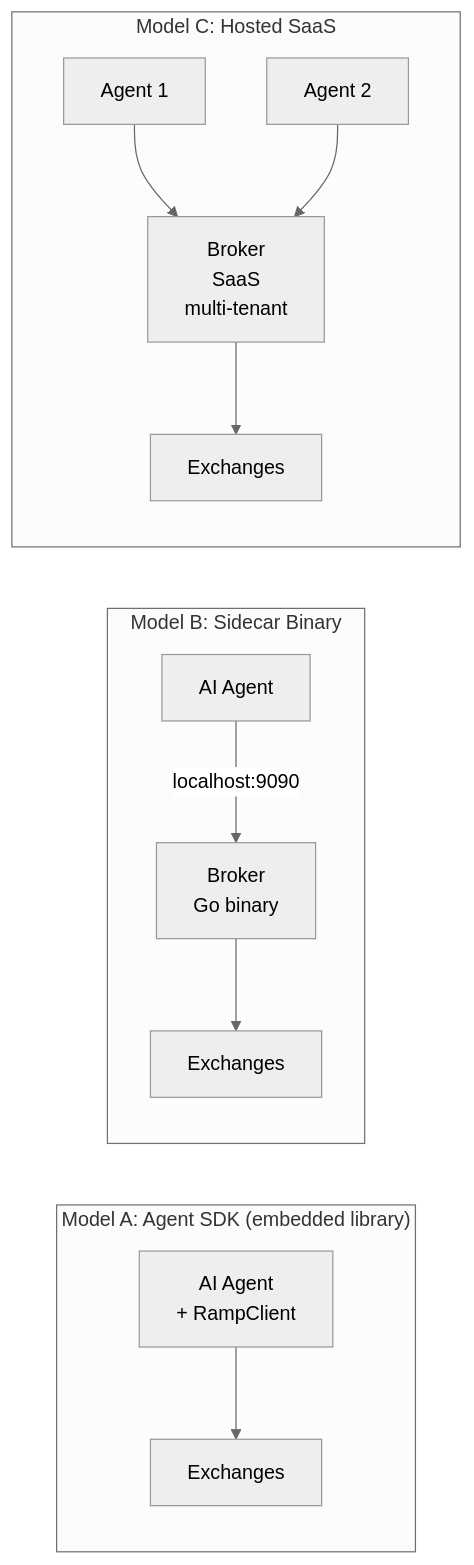
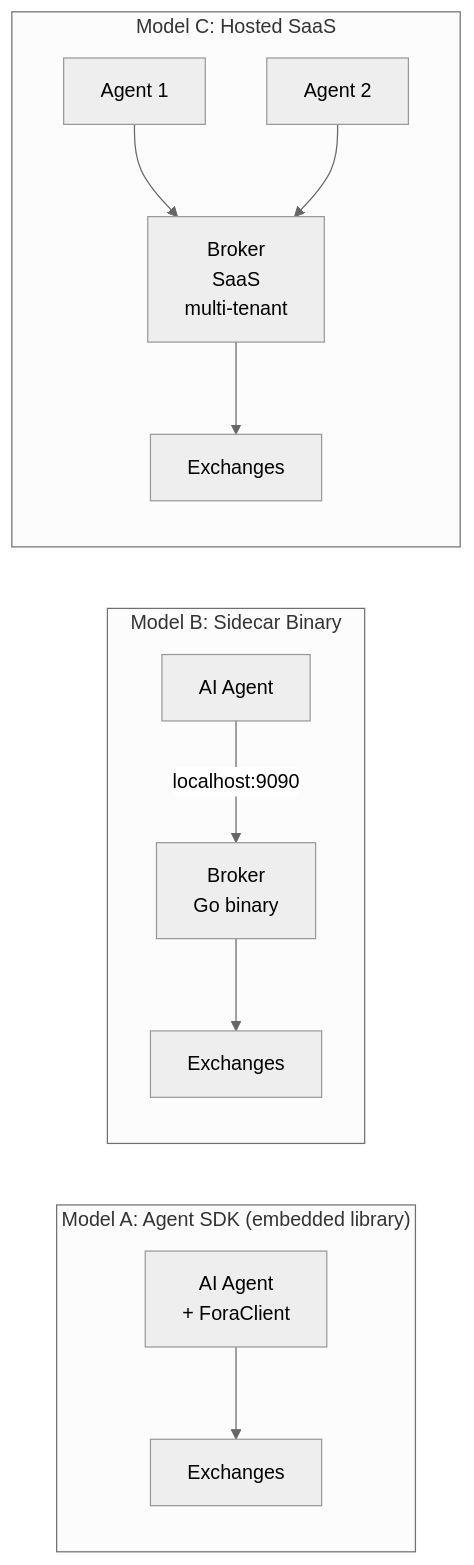
One commit to FORA-Protocol/protocol changed the first of 4 diagrams in website/src/content/docs/components/broker/deployment.mdx. Above: the diagram before and after it, drawn with Mermaid (neutral theme). The commit also changed other lines of this file and 529 other files, not shown here.

First line of the commit message:
Rename the protocol from RAMP to FORA

````diff
--- a/website/src/content/docs/components/broker/deployment.mdx
+++ b/website/src/content/docs/components/broker/deployment.mdx
@@ -14,17 +14,17 @@
 ```mermaid
 graph LR
     subgraph "Model A: Agent SDK (embedded library)"
-        AgentSDK[AI Agent<br/>+ RampClient] --> MPAS[Exchanges]
+        AgentSDK[AI Agent<br/>+ ForaClient] --> MPAS[Exchanges]
     end
 
     subgraph "Model B: Sidecar Binary"
         AgentA[AI Agent] -->|localhost:9090| SidecarA[Broker<br/>Go binary]
         SidecarA --> MPA[Exchanges]
     end
 
     subgraph "Model C: Hosted SaaS"
         AgentC1[Agent 1] --> Hosted[Broker<br/>SaaS<br/>multi-tenant]
         AgentC2[Agent 2] --> Hosted
         Hosted --> MPC[Exchanges]
     end
 ```
````
